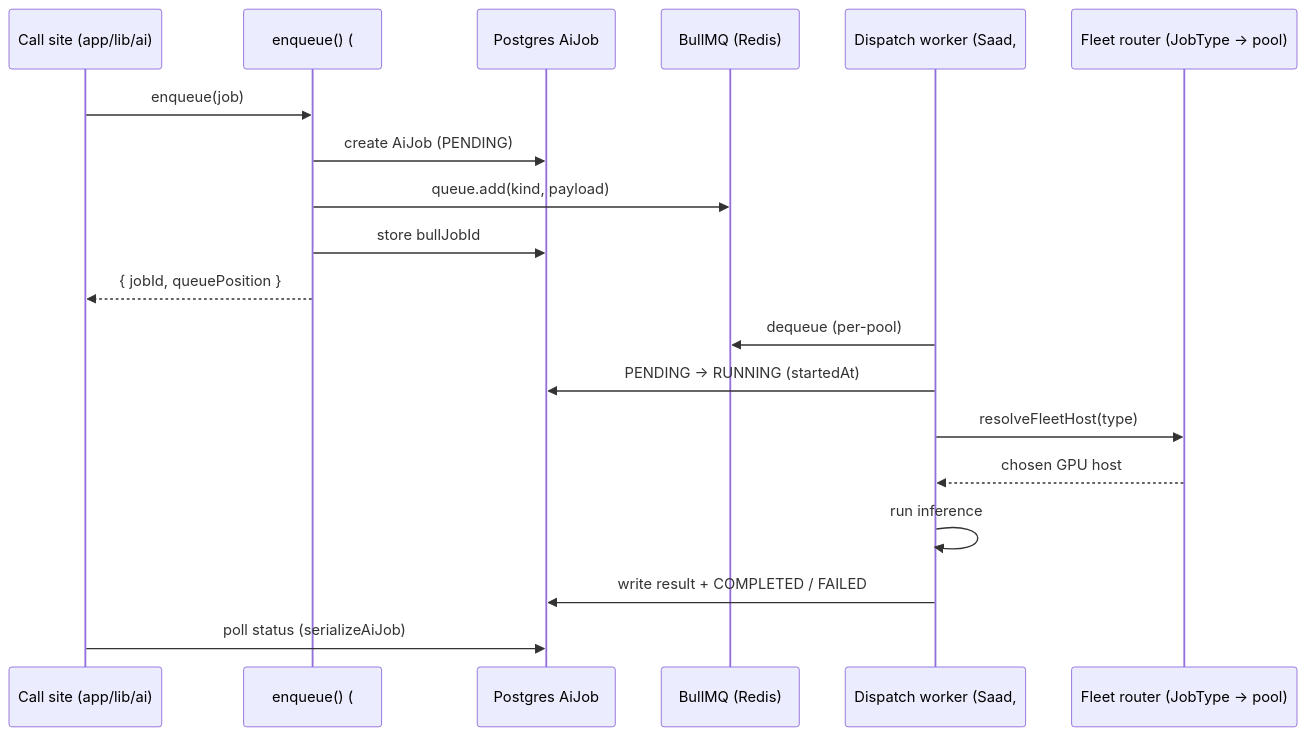
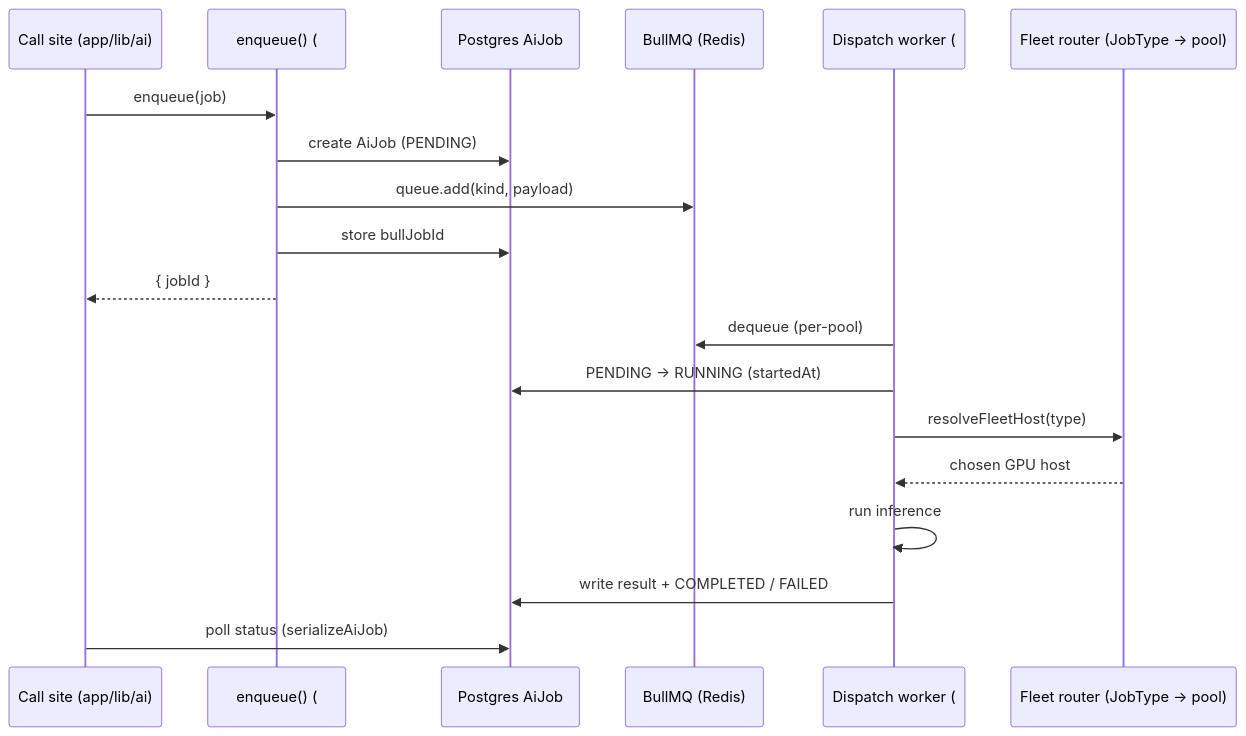
Before and after one commit to EduAI-Lab/EduAI: the diagram in docs/implementations/async-ai-job-queue-contract.md, drawn with Mermaid. The commit also changed other lines of this file, not shown here.

First line of the commit message:
docs(core): revise async AI-job queue contract — queue both job types, pool-keyed queues with priority

````diff
--- a/docs/implementations/async-ai-job-queue-contract.md
+++ b/docs/implementations/async-ai-job-queue-contract.md
@@ -39,22 +47,22 @@
 ```mermaid
 sequenceDiagram
     participant CS as Call site (app/lib/ai)
     participant EQ as enqueue() (#914)
     participant DB as Postgres AiJob
     participant Q as BullMQ (Redis)
-    participant W as Dispatch worker (Saad, #168)
+    participant W as Dispatch worker (#168)
     participant FL as Fleet router (JobType → pool)
 
     CS->>EQ: enqueue(job)
     EQ->>DB: create AiJob (PENDING)
     EQ->>Q: queue.add(kind, payload)
     EQ->>DB: store bullJobId
-    EQ-->>CS: { jobId, queuePosition }
+    EQ-->>CS: { jobId }
     W->>Q: dequeue (per-pool)
     W->>DB: PENDING → RUNNING (startedAt)
     W->>FL: resolveFleetHost(type)
     FL-->>W: chosen GPU host
     W->>W: run inference
     W->>DB: write result + COMPLETED / FAILED
     CS->>DB: poll status (serializeAiJob)
 ```
````
